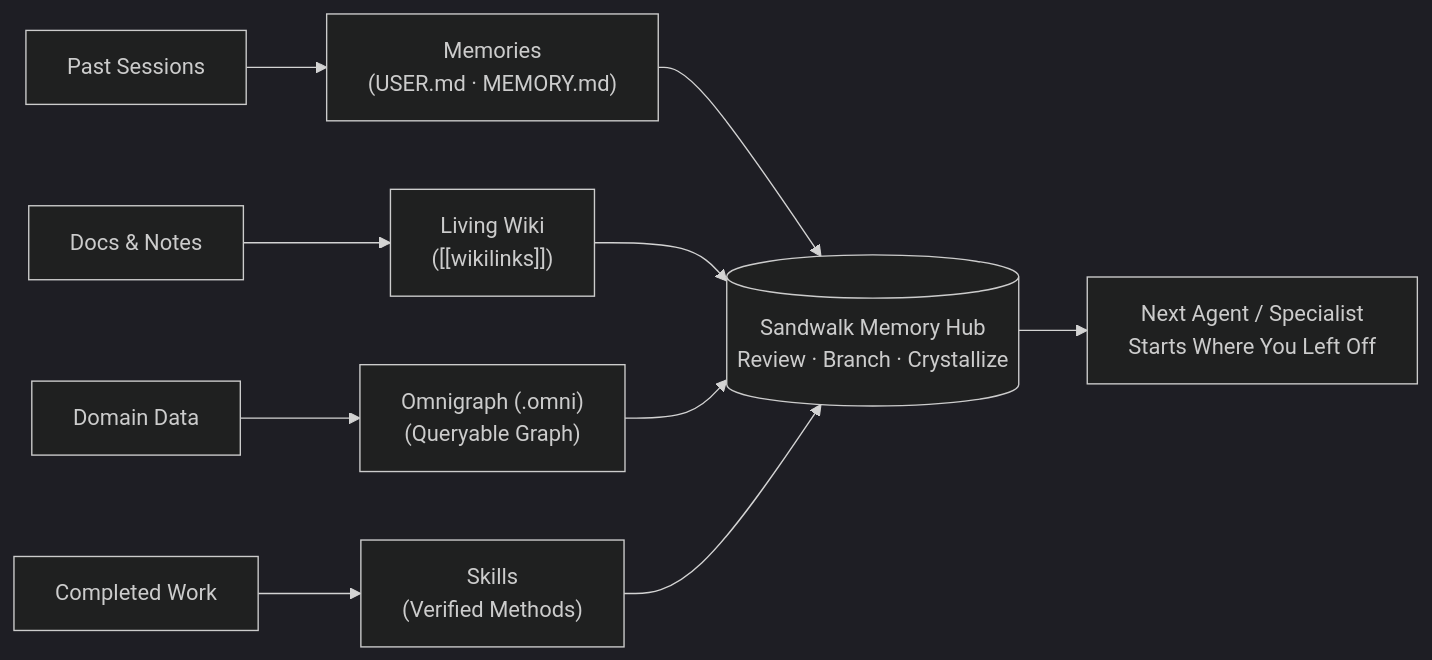
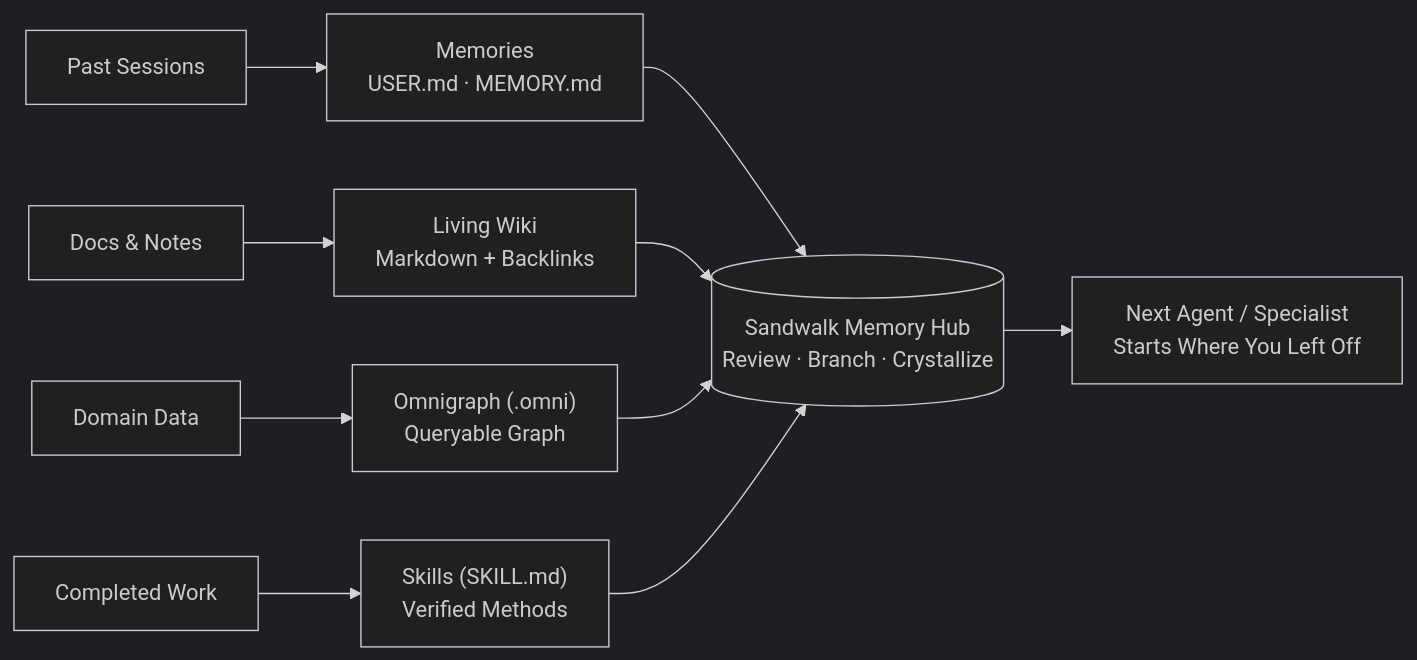
The second of 2 diagrams in README.md (fastfold-ai/sandwalk), drawn with Mermaid (dark theme) before and after one commit. The commit also changed other lines of this file, not shown here.

First line of the commit message:
docs(readme): refine architecture diagrams, summarize overview table, balance feature grid, and add Benchmarking roadmap

````diff
--- a/README.md
+++ b/README.md
@@ -95,10 +109,10 @@
 ```mermaid
 flowchart LR
-    S1["Past Sessions"] --> A1["Memories\n(USER.md · MEMORY.md)"]
-    S2["Docs & Notes"] --> A2["Living Wiki\n([[wikilinks]])"]
-    S3["Domain Data"] --> A3["Omnigraph (.omni)\n(Queryable Graph)"]
-    S4["Completed Work"] --> A4["Skills\n(Verified Methods)"]
+    S1["Past Sessions"] --> A1["Memories<br/>USER.md · MEMORY.md"]
+    S2["Docs & Notes"] --> A2["Living Wiki<br/>Markdown + Backlinks"]
+    S3["Domain Data"] --> A3["Omnigraph (.omni)<br/>Queryable Graph"]
+    S4["Completed Work"] --> A4["Skills (SKILL.md)<br/>Verified Methods"]
 
-    A1 & A2 & A3 & A4 --> Hub[("Sandwalk Memory Hub\nReview · Branch · Crystallize")]
-    Hub --> Next["Next Agent / Specialist\nStarts Where You Left Off"]
+    A1 & A2 & A3 & A4 --> Hub[("Sandwalk Memory Hub<br/>Review · Branch · Crystallize")]
+    Hub --> Next["Next Agent / Specialist<br/>Starts Where You Left Off"]
 ```
````
